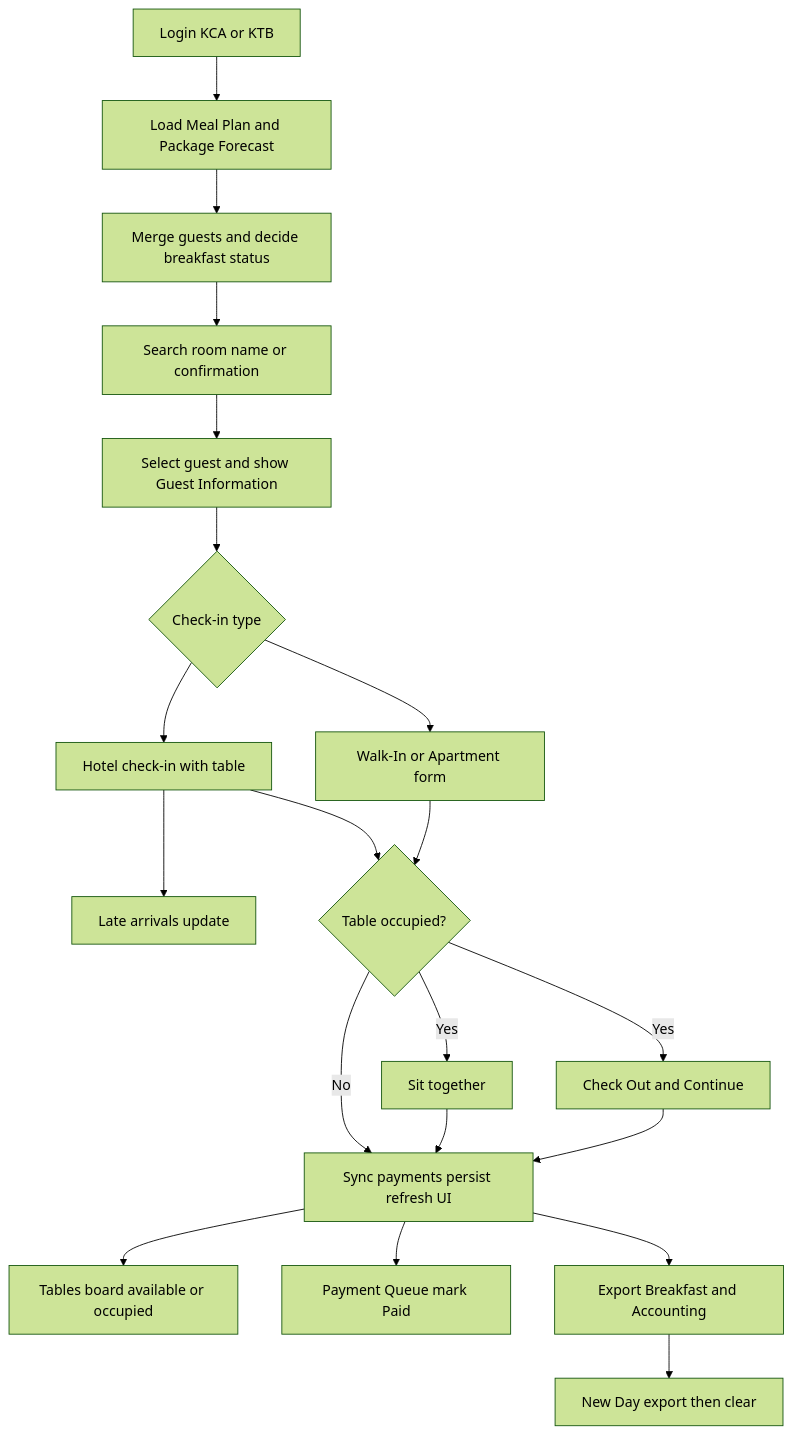
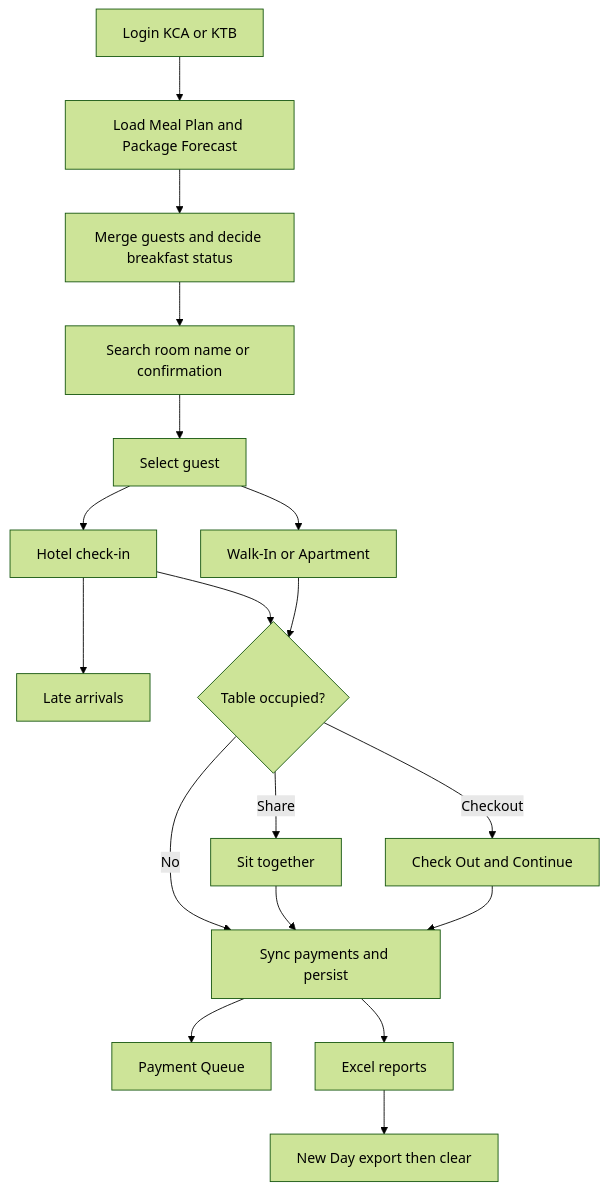
Before and after one commit to phpcoder7/breakfast: the first of 3 diagrams in BRD.md, drawn with Mermaid (forest theme). The commit also changed other lines of this file and 1 other file, not shown here.

First line of the commit message:
Expand BRD into RBOP master specification with Breakfast parity retained.

````diff
--- a/BRD.md
+++ b/BRD.md
@@ -717,36 +343,30 @@
 ```mermaid
 flowchart TD
   login[Login KCA or KTB]
   loadXml[Load Meal Plan and Package Forecast]
   merge[Merge guests and decide breakfast status]
   search[Search room name or confirmation]
-  selectGuest[Select guest and show Guest Information]
-  chooseType{Check-in type}
-  hotel[Hotel check-in with table]
-  walkIn[Walk-In or Apartment form]
-  late[Late arrivals update]
+  selectGuest[Select guest]
+  hotel[Hotel check-in]
+  walkIn[Walk-In or Apartment]
+  late[Late arrivals]
   tablePrompt{Table occupied?}
   share[Sit together]
   checkoutAll[Check Out and Continue]
-  persist[Sync payments persist refresh UI]
-  tablesBoard[Tables board available or occupied]
-  pay[Payment Queue mark Paid]
-  exportReports[Export Breakfast and Accounting]
+  persist[Sync payments and persist]
+  pay[Payment Queue]
+  exportReports[Excel reports]
   newDay[New Day export then clear]
 
-  login --> loadXml --> merge --> search --> selectGuest --> chooseType
-  chooseType --> hotel
-  chooseType --> walkIn
+  login --> loadXml --> merge --> search --> selectGuest
+  selectGuest --> hotel
+  selectGuest --> walkIn
   hotel --> late
   hotel --> tablePrompt
   walkIn --> tablePrompt
   tablePrompt -->|No| persist
-  tablePrompt -->|Yes| share
-  tablePrompt -->|Yes| checkoutAll
-  share --> persist
-  checkoutAll --> persist
-  persist --> tablesBoard
+  tablePrompt -->|Share| share --> persist
+  tablePrompt -->|Checkout| checkoutAll --> persist
   persist --> pay
-  persist --> exportReports
-  exportReports --> newDay
+  persist --> exportReports --> newDay
 ```
````
